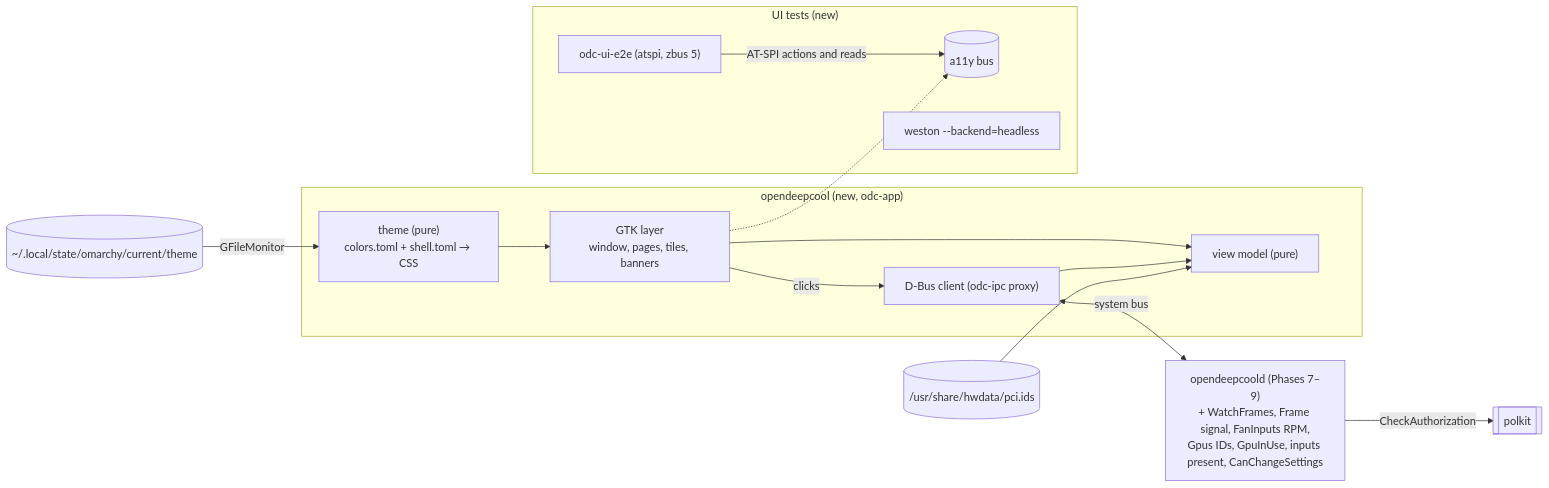
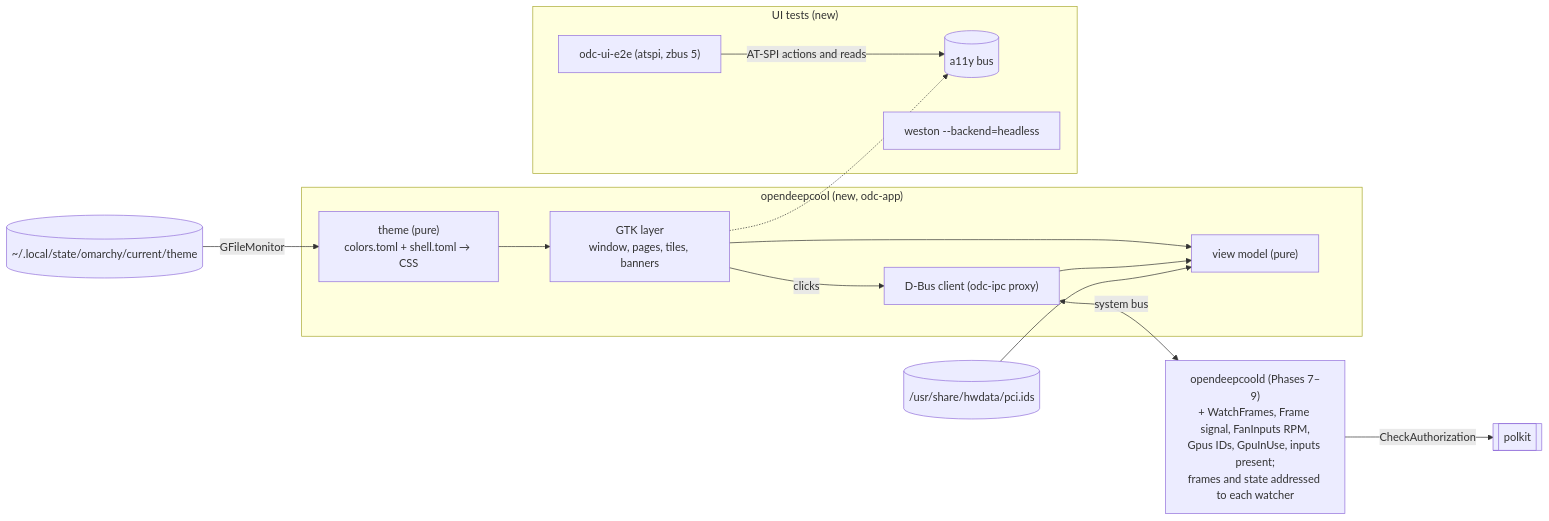
Before and after one commit to dtmarangoni/OpenDeepCool: the diagram in docs/prp/plans/phase-10-settings-app.plan.md, drawn with Mermaid. The commit also changed other lines of this file and 61 other files, not shown here.

````diff
--- a/docs/prp/plans/phase-10-settings-app.plan.md
+++ b/docs/prp/plans/phase-10-settings-app.plan.md
@@ -136,18 +140,18 @@
 ```mermaid
 flowchart LR
   subgraph app["opendeepcool (new, odc-app)"]
     UI["GTK layer<br/>window, pages, tiles, banners"] --> VM["view model (pure)"]
     TH["theme (pure)<br/>colors.toml + shell.toml → CSS"] --> UI
     CL["D-Bus client (odc-ipc proxy)"] --> VM
     UI -->|clicks| CL
   end
   OM[("~/.local/state/omarchy/current/theme")] -->|GFileMonitor| TH
   HW[("/usr/share/hwdata/pci.ids")] --> VM
-  CL <-->|system bus| SVC["opendeepcoold (Phases 7–9)<br/>+ WatchFrames, Frame signal, FanInputs RPM,<br/>Gpus IDs, GpuInUse, inputs present, CanChangeSettings"]
+  CL <-->|system bus| SVC["opendeepcoold (Phases 7–9)<br/>+ WatchFrames, Frame signal, FanInputs RPM,<br/>Gpus IDs, GpuInUse, inputs present;<br/>frames and state addressed to each watcher"]
   SVC -->|CheckAuthorization| PK[[polkit]]
   subgraph tests["UI tests (new)"]
     E2E["odc-ui-e2e (atspi, zbus 5)"] -->|AT-SPI actions and reads| A11Y[(a11y bus)]
     W["weston --backend=headless"]
   end
   UI -.-> A11Y
 ```
````
